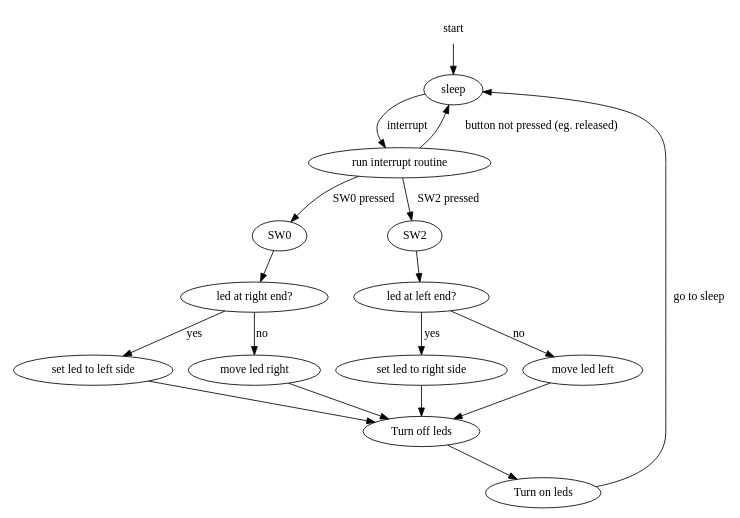
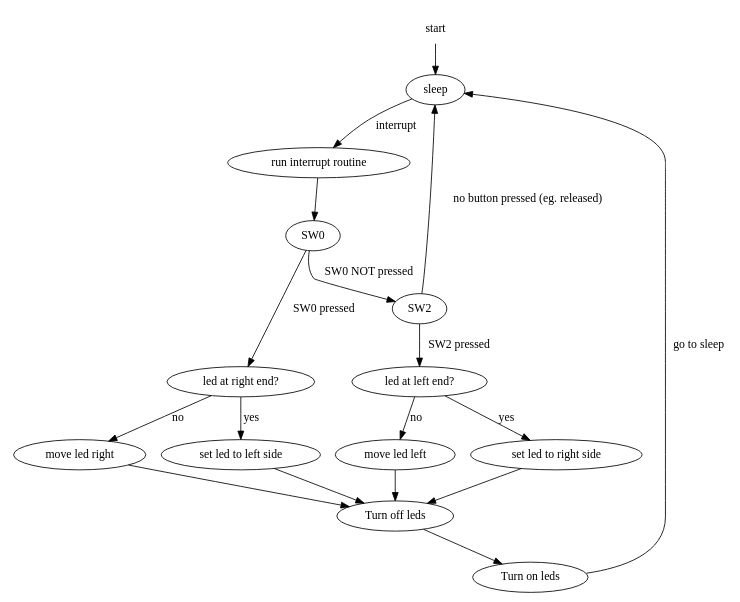
The diagram in mikrokontrollere_tdt4258/oving1/oeving1/graph.dot (esiqveland/skole), drawn with Graphviz before and after one commit.

Commit message:
mikro: update to graph

```diff
--- a/mikrokontrollere_tdt4258/oving1/oeving1/graph.dot
+++ b/mikrokontrollere_tdt4258/oving1/oeving1/graph.dot
@@ -1,52 +1,52 @@
 digraph G {
 	layout=dot
 	
 	rankdir=TB // direction, Left-to-Right, TB = top-bottom
 	size="7.5,10"
 	start [shape=plaintext] // no shape for this node, just text
 	start -> S0 
 	S0 [label="sleep"]
 	
 	S2 [label="run interrupt routine"]
 	S0 -> S2 [label="interrupt"]
-	S2 -> S0 [label="button not pressed (eg. released)"]
 	
-	S2 -> SW0 [label="SW0 pressed"]
-	S2 -> SW2 [label="SW2 pressed"]
+	S2 -> SW0 	
+	SW0 -> SW2 [label="SW0 NOT pressed"]
 	
 	S5 [label="led at right end?"]
 	S6 [label="led at left end?"]
-	SW0 -> S5
-	SW2 -> S6
+	SW0 -> S5 [label="SW0 pressed"]
+	SW2 -> S6 [label="SW2 pressed"]
+	SW2 -> S0 [label="no button pressed (eg. released)"]
 
 	S5 -> S7 [label="yes"]
 	S6 -> S8 [label="yes"]
 
 //	S11 [label="set leds to left side"]
 //	S12 [label="set leds to right side"]
 //	S7 -> S11
 //	S8 -> S12
 	S7 [label="set led to left side"]
 	S8 [label="set led to right side"]
 
 	
 	S9 [label="move led right"]
 	S10 [label="move led left"]
 	S5 -> S9 [label="no"]
 	S6 -> S10 [label="no"]
 
 
 	S13 [label="Turn off leds"]
 	S7  -> S13
 	S8  -> S13
 	S9  -> S13
 	S10 -> S13
 	
 	S14 [label="Turn on leds"]
 	S13 -> S14
 	S14 -> S0 [label="go to sleep"]
 
 //	S6 [peripheries=2]
 //	S7 [peripheries=2]
 	
 }
```
